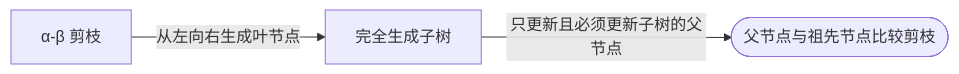
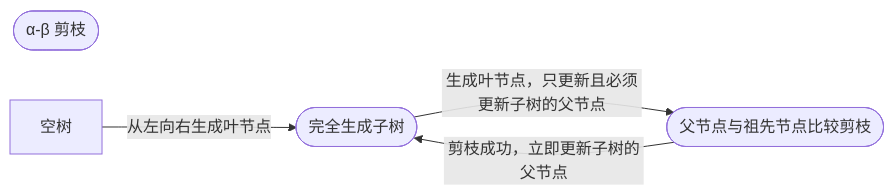
The first of 3 diagrams in adversarial search.md (zhaochenyang20/IAI_2022), drawn with Mermaid before and after one commit. The commit also changed other lines of this file and 1 other file, not shown here.

````diff
--- a/adversarial search.md
+++ b/adversarial search.md
@@ -36,6 +38,8 @@
 ```mermaid
 flowchart LR
-      B[α-β 剪枝]
-      B--从左向右生成叶节点-->E[完全生成子树]
-      E--只更新且必须更新子树的父节点-->F([父节点与祖先节点比较剪枝])
+			A([α-β 剪枝])
+      B[空树]
+      B--从左向右生成叶节点-->E([完全生成子树])
+      E--"生成叶节点，只更新且必须更新子树的父节点"-->F([父节点与祖先节点比较剪枝])
+      F--"剪枝成功，立即更新子树的父节点"-->E
 ```
````
